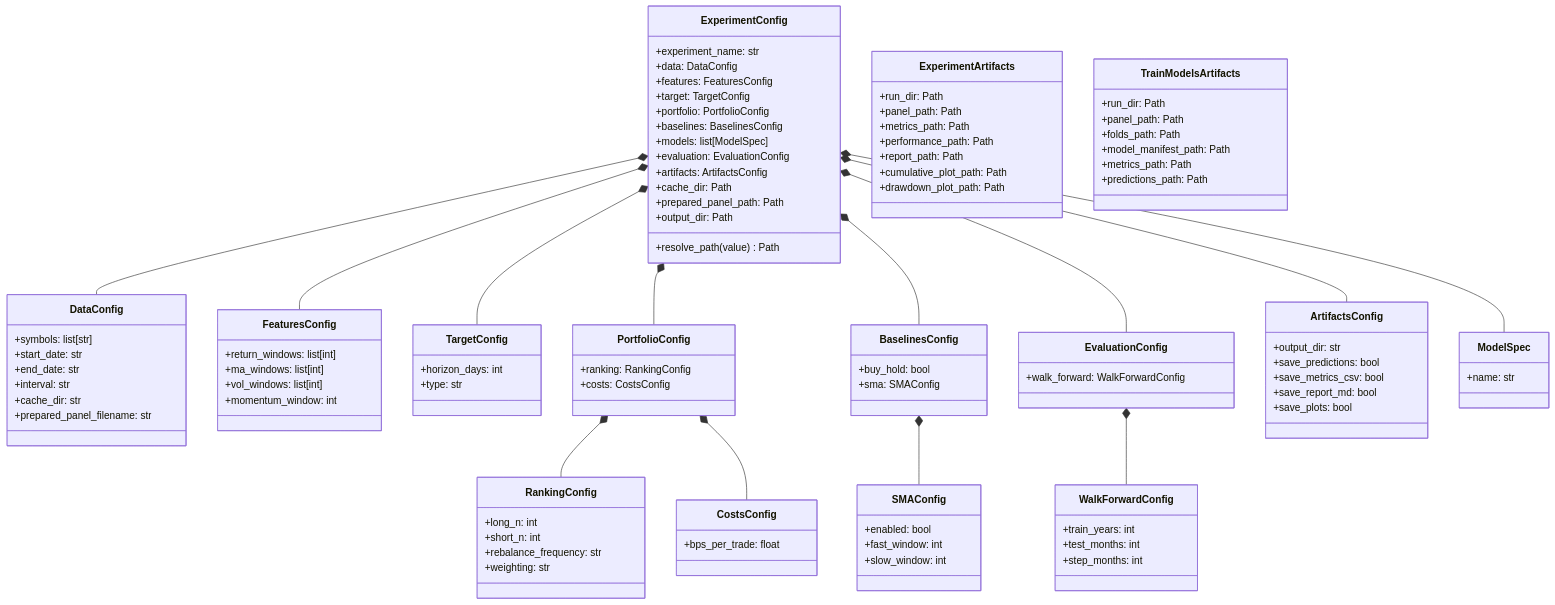
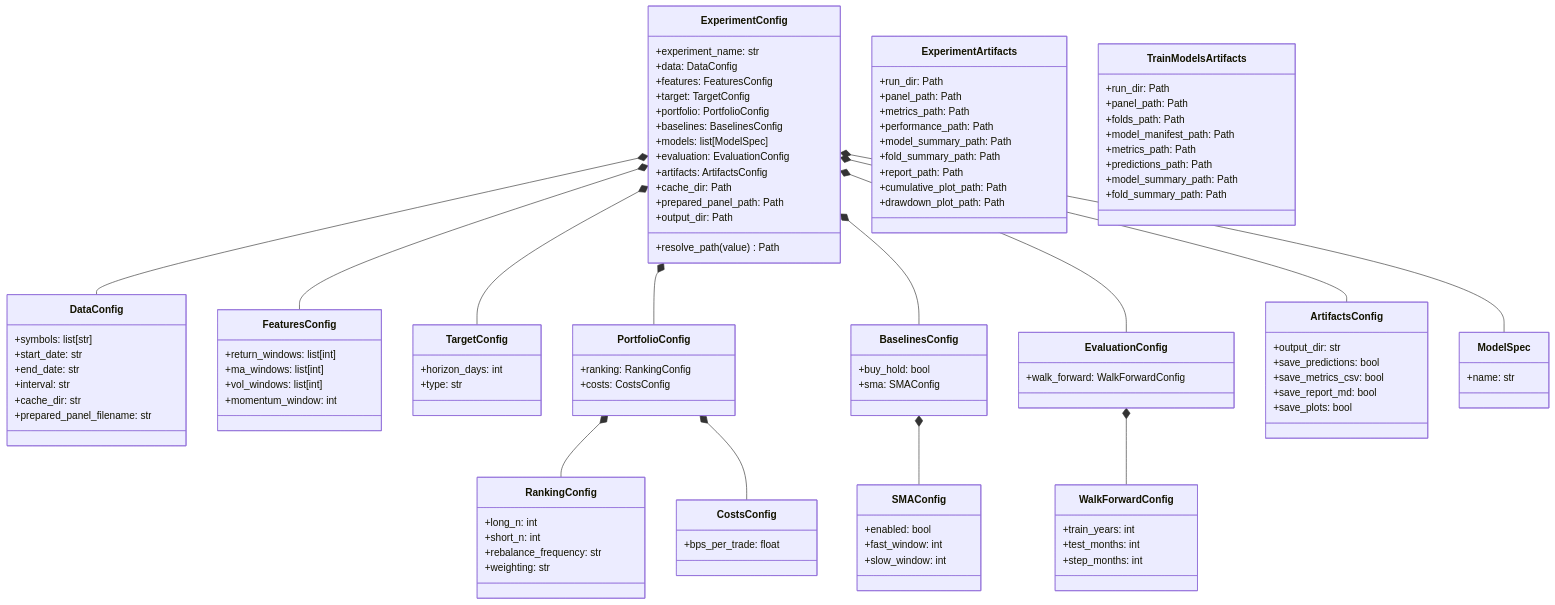
Before and after one commit to ricardogr07/market-lab: the fourth of 4 diagrams in ARCHITECTURE.md, drawn with Mermaid. The commit also changed other lines of this file and 2 other files, not shown here.

```diff
--- a/ARCHITECTURE.md
+++ b/ARCHITECTURE.md
@@ -264,6 +271,8 @@
       +panel_path: Path
       +metrics_path: Path
       +performance_path: Path
+      +model_summary_path: Path
+      +fold_summary_path: Path
       +report_path: Path
       +cumulative_plot_path: Path
       +drawdown_plot_path: Path
@@ -276,6 +285,8 @@
       +model_manifest_path: Path
       +metrics_path: Path
       +predictions_path: Path
+      +model_summary_path: Path
+      +fold_summary_path: Path
     }
 
     ExperimentConfig *-- DataConfig
```
